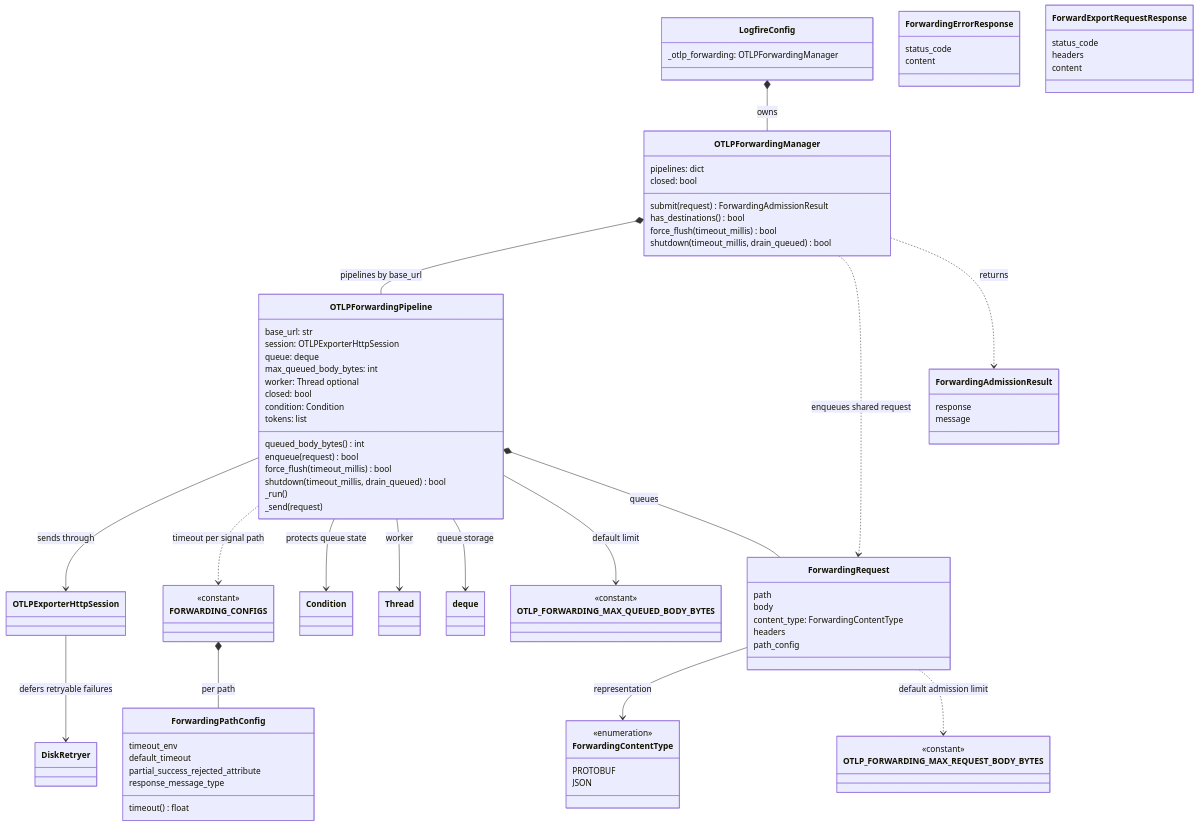
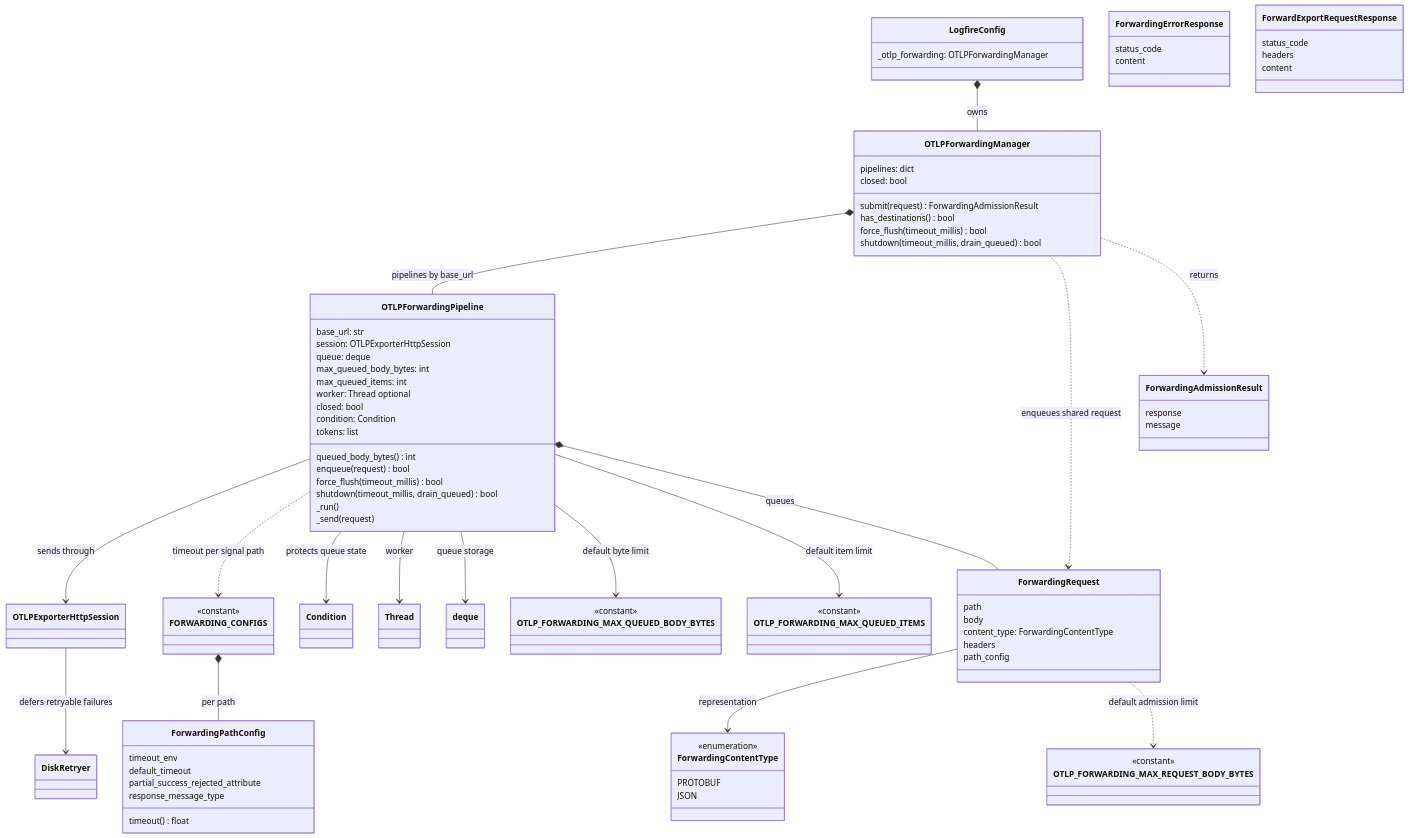
The third of 5 diagrams in specs/browser-telemetry-forwarding-first-pass/diagrams.md (pydantic/logfire), drawn with Mermaid before and after one commit. The commit also changed other lines of this file and 4 other files, not shown here.

Commit message:
Cap forwarding queue item count

```diff
--- a/specs/browser-telemetry-forwarding-first-pass/diagrams.md
+++ b/specs/browser-telemetry-forwarding-first-pass/diagrams.md
@@ -86,6 +86,7 @@
         queue: deque
         queued_body_bytes() int
         max_queued_body_bytes: int
+        max_queued_items: int
         worker: Thread optional
         closed: bool
         condition: Condition
@@ -143,6 +144,10 @@
         <<constant>>
     }
 
+    class OTLP_FORWARDING_MAX_QUEUED_ITEMS {
+        <<constant>>
+    }
+
     class OTLP_FORWARDING_MAX_REQUEST_BODY_BYTES {
         <<constant>>
     }
@@ -164,7 +169,8 @@
     OTLPForwardingPipeline --> Condition : protects queue state
     OTLPForwardingPipeline --> Thread : worker
     OTLPForwardingPipeline --> deque : queue storage
-    OTLPForwardingPipeline --> OTLP_FORWARDING_MAX_QUEUED_BODY_BYTES : default limit
+    OTLPForwardingPipeline --> OTLP_FORWARDING_MAX_QUEUED_BODY_BYTES : default byte limit
+    OTLPForwardingPipeline --> OTLP_FORWARDING_MAX_QUEUED_ITEMS : default item limit
     OTLPForwardingPipeline *-- ForwardingRequest : queues
     ForwardingRequest --> ForwardingContentType : representation
     ForwardingRequest ..> OTLP_FORWARDING_MAX_REQUEST_BODY_BYTES : default admission limit
```
